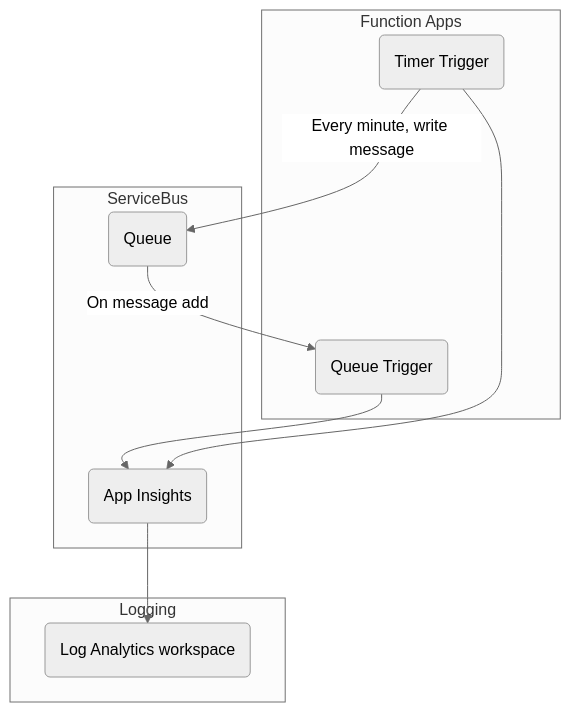
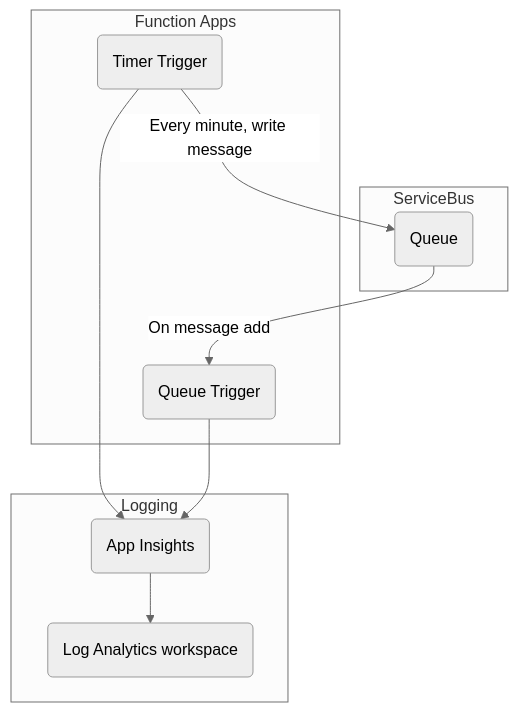
One commit to Gordonby/servicebus-dotnet-functionapp changed the diagram in README.md. Above: the diagram before and after it, drawn with Mermaid (neutral theme).

Commit message:
fixing logging subgraph

````diff
--- a/README.md
+++ b/README.md
@@ -29,23 +29,24 @@
 ```mermaid
 graph TB
     subgraph Function Apps
     timer(Timer Trigger)
     sbTrigger
     
     end
 
     subgraph ServiceBus
     sb(Queue)
     timer-->|Every minute, write message|sb
     sb-->|On message add|sbTrigger(Queue Trigger)
-    sbTrigger-->ai
+
     end
 
     subgraph Logging
     ai(App Insights)
     la(Log Analytics workspace)
     ai-->la   
     timer-->ai
+        sbTrigger-->ai
     end
 
 ```
````
